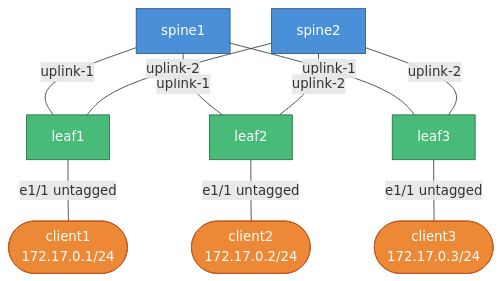
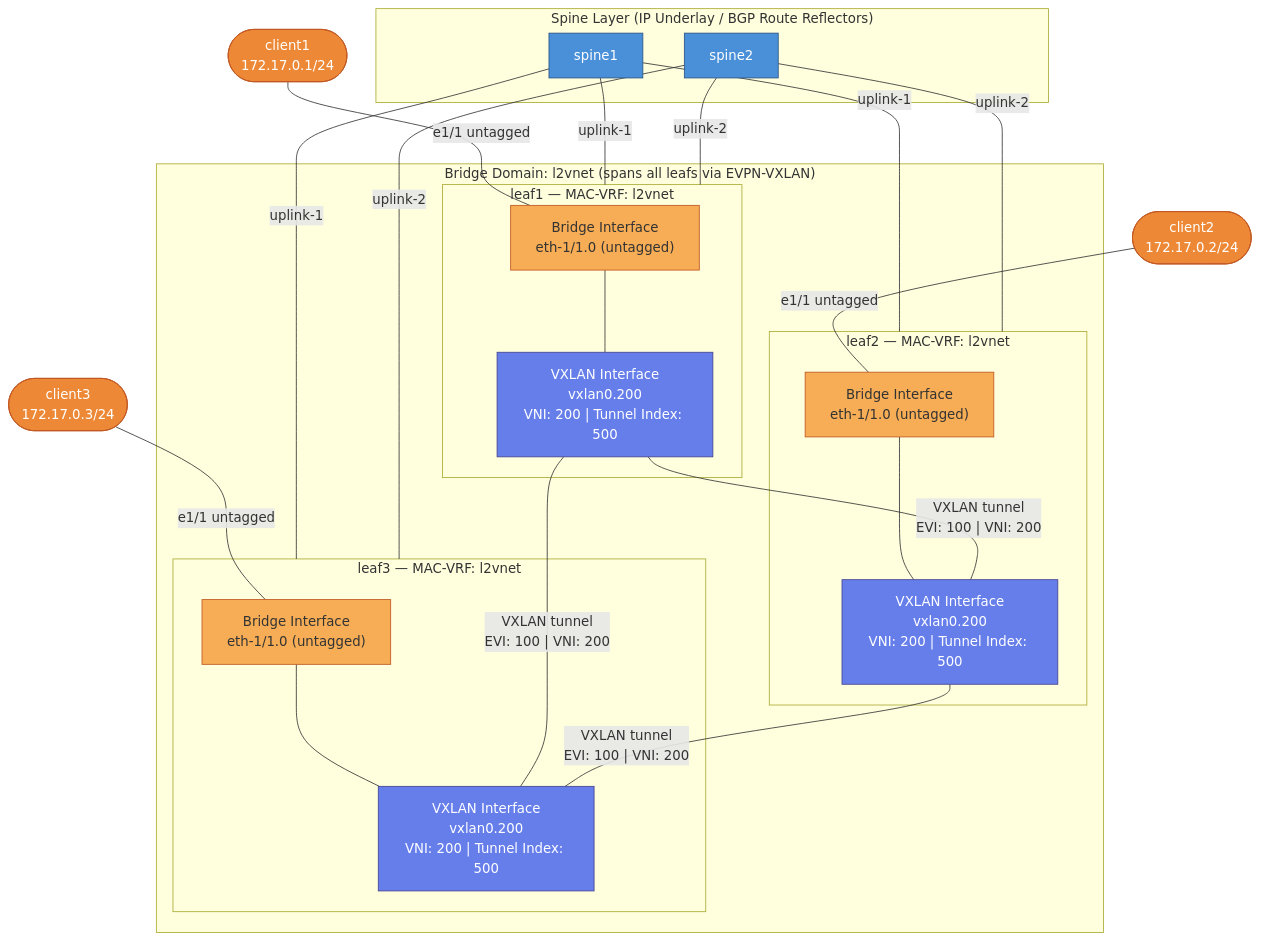
Before and after one commit to thcorre/eda-quick-tour: the first of 2 diagrams in part2-service-overlays.md, drawn with Mermaid.

Commit message:
Enhance Service Architecture diagram with all L2 EVPN key components (MAC-VRF, Bridge Interface, VXLAN Interface, VNI, EVI, Tunnel Index, Bridge Domain)
Enhanced service architecture diagram with detailed subgraphs for spine and leaf layers, including bridge interfaces and VXLAN tunnels.

````diff
--- a/part2-service-overlays.md
+++ b/part2-service-overlays.md
@@ -89,30 +89,56 @@
 ```mermaid
 graph TD
-    spine1[spine1]
-    spine2[spine2]
-    leaf1[leaf1]
-    leaf2[leaf2]
-    leaf3[leaf3]
-    c1([client1<br/>172.17.0.1/24])
-    c2([client2<br/>172.17.0.2/24])
-    c3([client3<br/>172.17.0.3/24])
+    subgraph SPINE_LAYER["Spine Layer (IP Underlay / BGP Route Reflectors)"]
+        spine1[spine1]
+        spine2[spine2]
+    end
 
-    spine1 ---|uplink-1| leaf1
-    spine1 ---|uplink-1| leaf2
-    spine1 ---|uplink-1| leaf3
-    spine2 ---|uplink-2| leaf1
-    spine2 ---|uplink-2| leaf2
-    spine2 ---|uplink-2| leaf3
+    subgraph BD["Bridge Domain: l2vnet (spans all leafs via EVPN-VXLAN)"]
+        subgraph L1["leaf1 — MAC-VRF: l2vnet"]
+            bi1["Bridge Interface\neth-1/1.0 (untagged)"]
+            vx1["VXLAN Interface\nvxlan0.200\nVNI: 200 | Tunnel Index: 500"]
+        end
+        subgraph L2["leaf2 — MAC-VRF: l2vnet"]
+            bi2["Bridge Interface\neth-1/1.0 (untagged)"]
+            vx2["VXLAN Interface\nvxlan0.200\nVNI: 200 | Tunnel Index: 500"]
+        end
+        subgraph L3["leaf3 — MAC-VRF: l2vnet"]
+            bi3["Bridge Interface\neth-1/1.0 (untagged)"]
+            vx3["VXLAN Interface\nvxlan0.200\nVNI: 200 | Tunnel Index: 500"]
+        end
+    end
 
-    leaf1 ---|e1/1 untagged| c1
-    leaf2 ---|e1/1 untagged| c2
-    leaf3 ---|e1/1 untagged| c3
+    c1([client1\n172.17.0.1/24])
+    c2([client2\n172.17.0.2/24])
+    c3([client3\n172.17.0.3/24])
+
+    spine1 ---|uplink-1| L1
+    spine1 ---|uplink-1| L2
+    spine1 ---|uplink-1| L3
+    spine2 ---|uplink-2| L1
+    spine2 ---|uplink-2| L2
+    spine2 ---|uplink-2| L3
+
+    bi1 --- vx1
+    bi2 --- vx2
+    bi3 --- vx3
+
+    vx1 ---|"VXLAN tunnel\nEVI: 100 | VNI: 200"| vx2
+    vx1 ---|"VXLAN tunnel\nEVI: 100 | VNI: 200"| vx3
+    vx2 ---|"VXLAN tunnel\nEVI: 100 | VNI: 200"| vx3
+
+    c1 ---|e1/1 untagged| bi1
+    c2 ---|e1/1 untagged| bi2
+    c3 ---|e1/1 untagged| bi3
 
     classDef spine fill:#4a90d9,color:#fff,stroke:#2c5282
-    classDef leaf fill:#48bb78,color:#fff,stroke:#276749
+    classDef macvrf fill:#48bb78,color:#fff,stroke:#276749
+    classDef vxlan fill:#667eea,color:#fff,stroke:#434190
+    classDef bridge fill:#f6ad55,color:#333,stroke:#c05621
     classDef client fill:#ed8936,color:#fff,stroke:#c05621
 
     class spine1,spine2 spine
-    class leaf1,leaf2,leaf3 leaf
+    class bi1,bi2,bi3 bridge
+    class vx1,vx2,vx3 vxlan
     class c1,c2,c3 client
 ```
````
